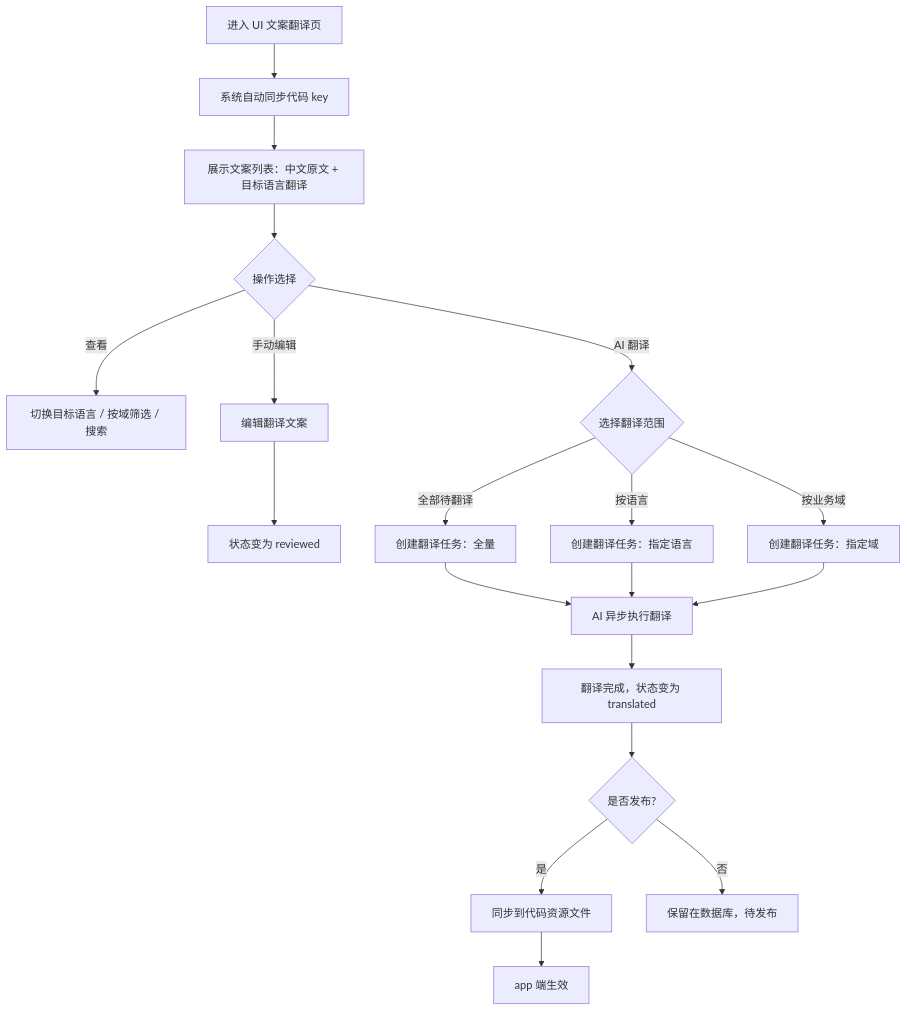
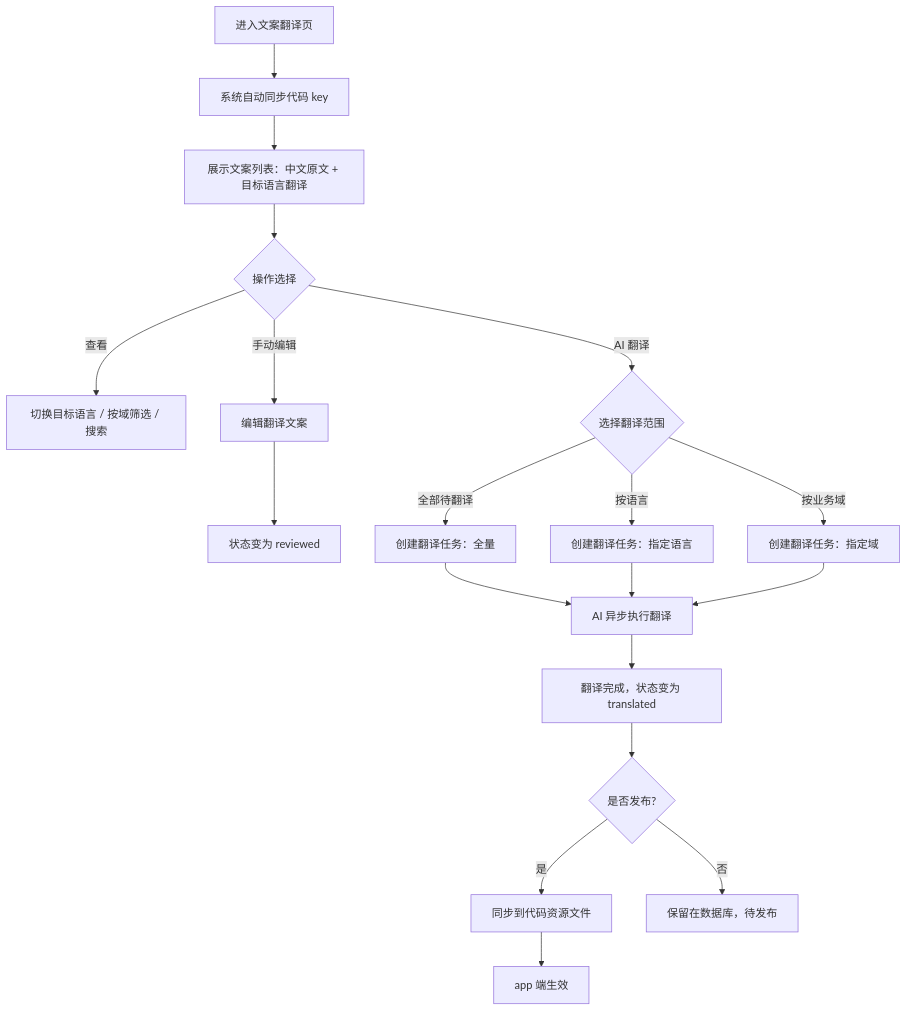
One commit to foryou2026/chinese changed the second of 6 diagrams in docs/C02-ia-interaction/admin/i18n/translation-hub/02-flows.md. Above: the diagram before and after it, drawn with Mermaid. The commit also changed other lines of this file and 26 other files, not shown here.

````diff
--- a/docs/C02-ia-interaction/admin/i18n/translation-hub/02-flows.md
+++ b/docs/C02-ia-interaction/admin/i18n/translation-hub/02-flows.md
@@ -19,19 +19,19 @@
 ```mermaid
 flowchart TD
-    A[进入 UI 文案翻译页] --> B[系统自动同步代码 key]
+    A[进入文案翻译页] --> B[系统自动同步代码 key]
     B --> C[展示文案列表：中文原文 + 目标语言翻译]
     C --> D{操作选择}
     D -->|查看| E[切换目标语言 / 按域筛选 / 搜索]
     D -->|手动编辑| F[编辑翻译文案]
     F --> G[状态变为 reviewed]
     D -->|AI 翻译| H{选择翻译范围}
     H -->|全部待翻译| I[创建翻译任务：全量]
     H -->|按语言| J[创建翻译任务：指定语言]
     H -->|按业务域| K[创建翻译任务：指定域]
     I & J & K --> L[AI 异步执行翻译]
     L --> M[翻译完成，状态变为 translated]
     M --> N{是否发布?}
     N -->|是| O[同步到代码资源文件]
     O --> P[app 端生效]
     N -->|否| Q[保留在数据库，待发布]
 ```
````
